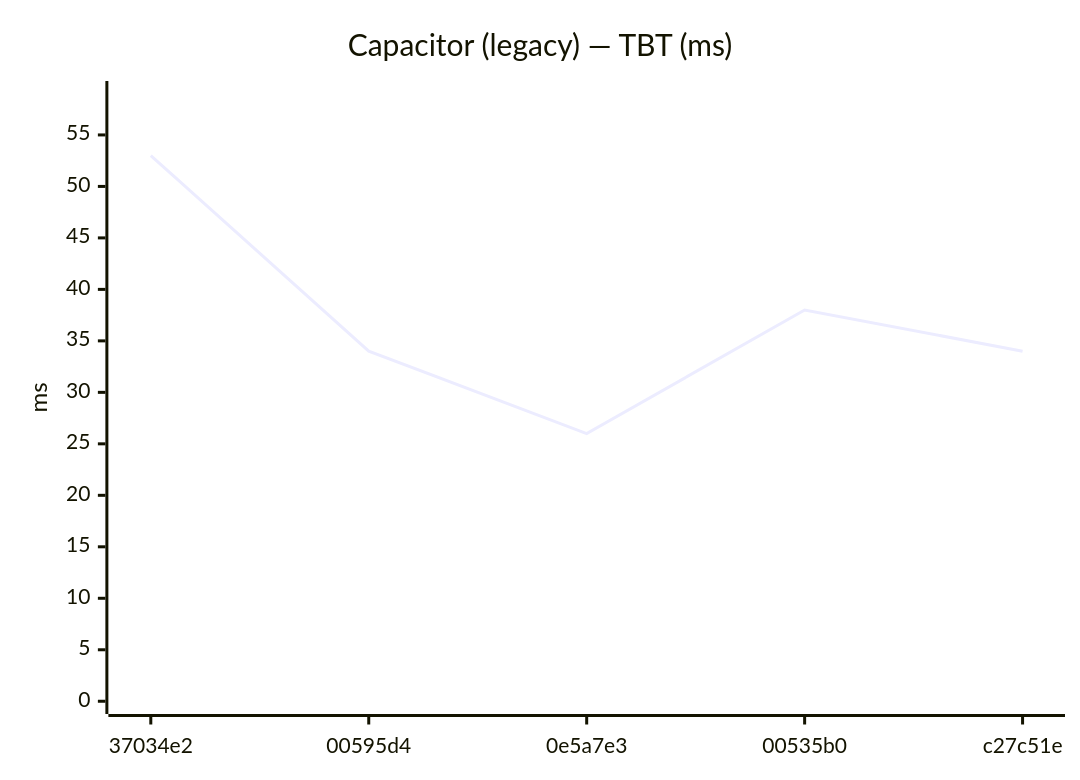
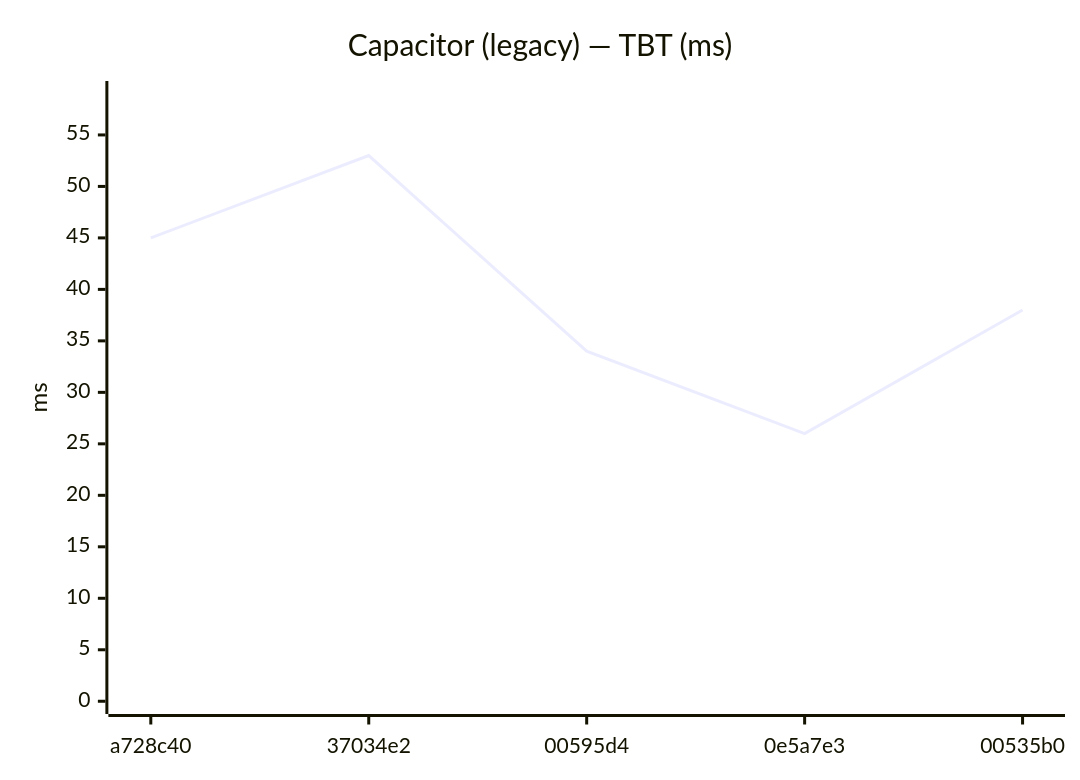
Diagram 14 of 24 in benchmarks/compare.md (Metaheurist/Rianell), drawn with Mermaid before and after one commit. The commit also changed other lines of this file and 12 other files, not shown here.

````diff
--- a/benchmarks/compare.md
+++ b/benchmarks/compare.md
@@ -193,7 +197,7 @@
 ```mermaid
 xychart-beta
     title "Capacitor (legacy) — TBT (ms)"
-    x-axis ["37034e2", "00595d4", "0e5a7e3", "00535b0", "c27c51e"]
+    x-axis ["a728c40", "37034e2", "00595d4", "0e5a7e3", "00535b0"]
     y-axis "ms" 0 --> 59
-    line [53, 34, 26, 38, 34]
+    line [45, 53, 34, 26, 38]
 ```
````
